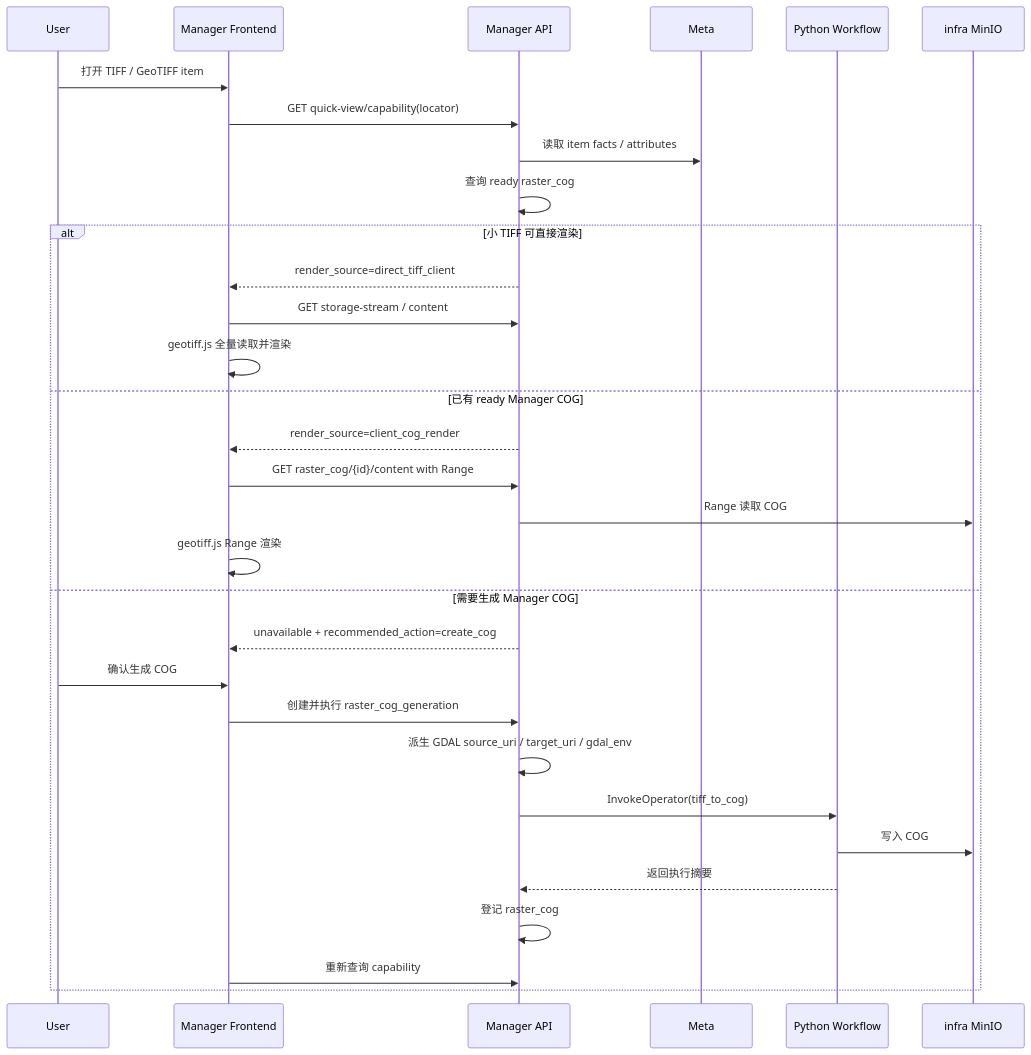
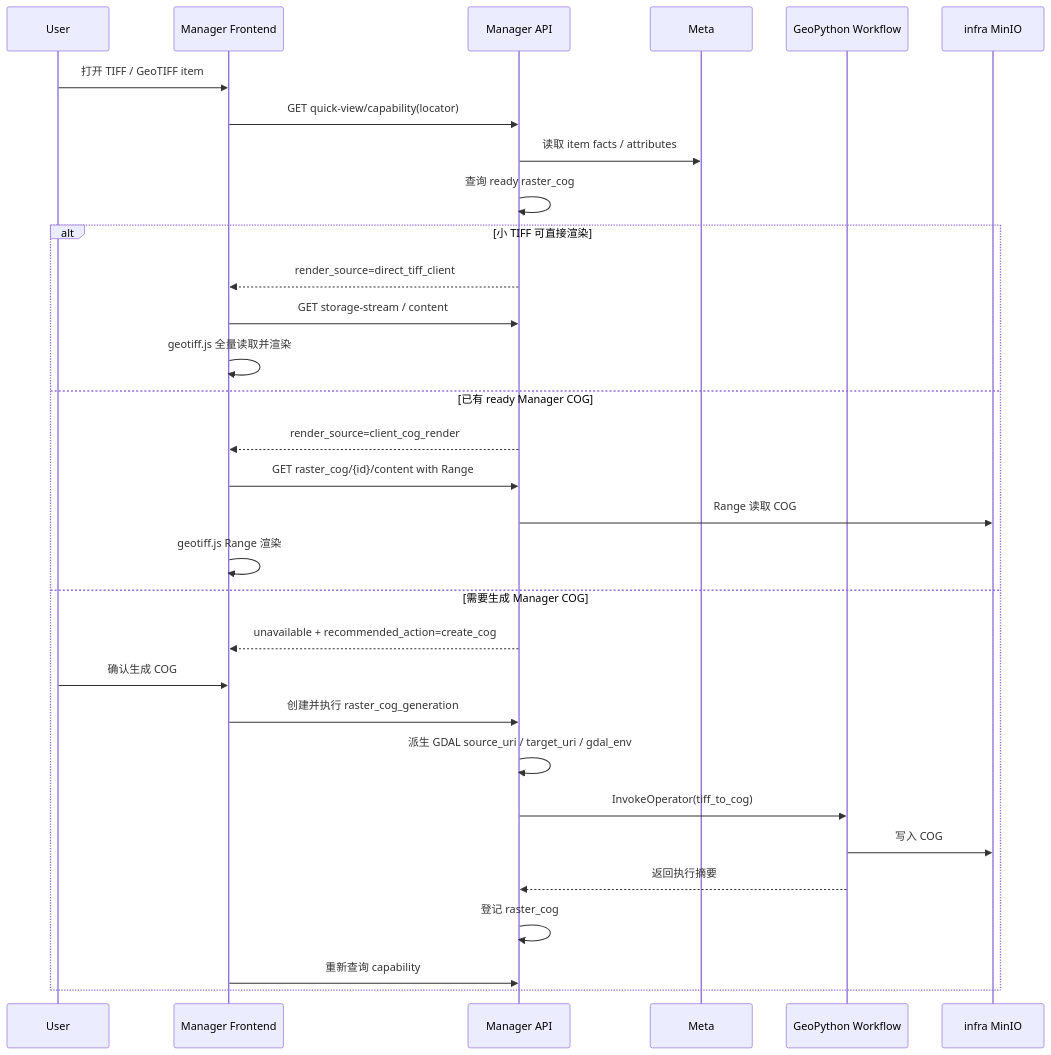
The diagram in manager/docs/快显实现规范.md (pampa0629/addp), drawn with Mermaid before and after one commit. The commit also changed other lines of this file and 175 other files, not shown here.

````diff
--- a/manager/docs/快显实现规范.md
+++ b/manager/docs/快显实现规范.md
@@ -558,35 +558,35 @@
 ```mermaid
 sequenceDiagram
     participant U as User
     participant FE as Manager Frontend
     participant M as Manager API
     participant Meta as Meta
-    participant Py as Python Workflow
+    participant Py as GeoPython Workflow
     participant IM as infra MinIO
 
     U->>FE: 打开 TIFF / GeoTIFF item
     FE->>M: GET quick-view/capability(locator)
     M->>Meta: 读取 item facts / attributes
     M->>M: 查询 ready raster_cog
 
     alt 小 TIFF 可直接渲染
         M-->>FE: render_source=direct_tiff_client
         FE->>M: GET storage-stream / content
         FE->>FE: geotiff.js 全量读取并渲染
     else 已有 ready Manager COG
         M-->>FE: render_source=client_cog_render
         FE->>M: GET raster_cog/{id}/content with Range
         M->>IM: Range 读取 COG
         FE->>FE: geotiff.js Range 渲染
     else 需要生成 Manager COG
         M-->>FE: unavailable + recommended_action=create_cog
         U->>FE: 确认生成 COG
         FE->>M: 创建并执行 raster_cog_generation
         M->>M: 派生 GDAL source_uri / target_uri / gdal_env
         M->>Py: InvokeOperator(tiff_to_cog)
         Py->>IM: 写入 COG
         Py-->>M: 返回执行摘要
         M->>M: 登记 raster_cog
         FE->>M: 重新查询 capability
     end
 ```
````
